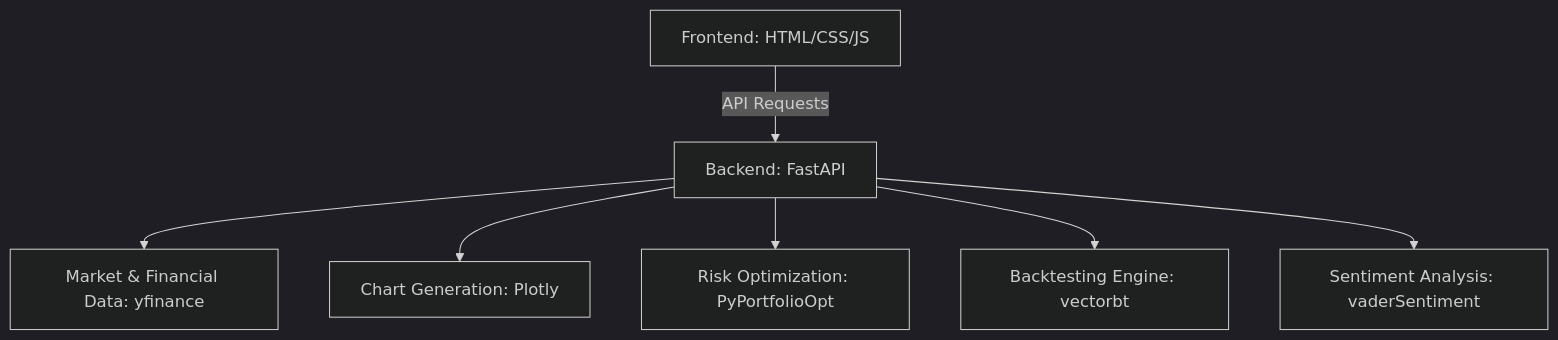
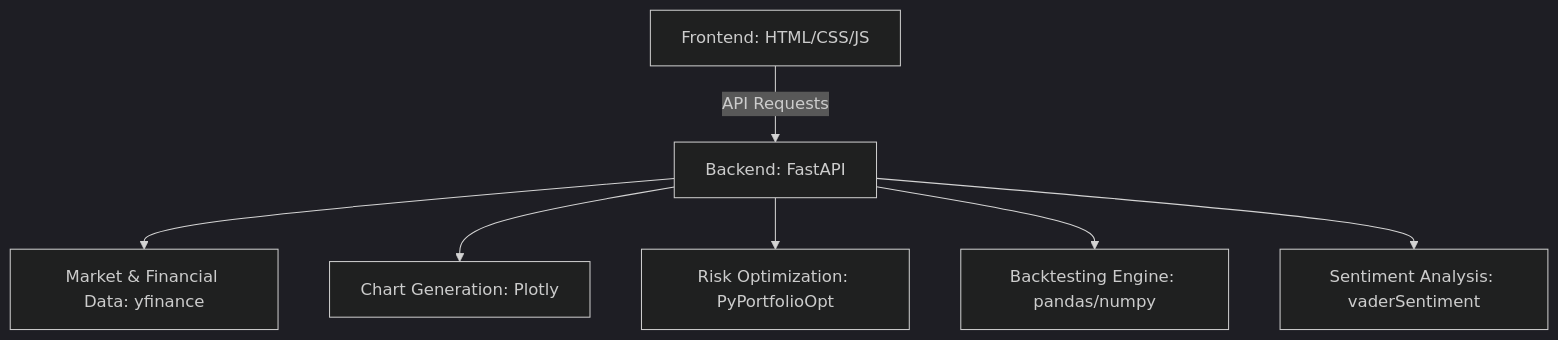
The diagram in README.md (randy06122001-boop/Terminal), drawn with Mermaid (dark theme) before and after one commit. The commit also changed other lines of this file, not shown here.

Commit message:
Docs: Update readme with new architecture and local setup commands

````diff
--- a/README.md
+++ b/README.md
@@ -17,9 +17,9 @@
 ```mermaid
 graph TD
     UI[Frontend: HTML/CSS/JS] -->|API Requests| API[Backend: FastAPI]
     API --> yfinance[Market & Financial Data: yfinance]
     API --> Plotly[Chart Generation: Plotly]
     API --> PyPortfolioOpt[Risk Optimization: PyPortfolioOpt]
-    API --> VectorBT[Backtesting Engine: vectorbt]
+    API --> CustomEngine[Backtesting Engine: pandas/numpy]
     API --> Vader[Sentiment Analysis: vaderSentiment]
 ```
````
